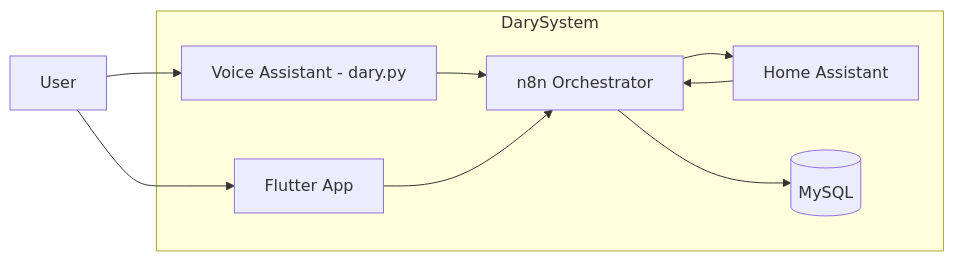
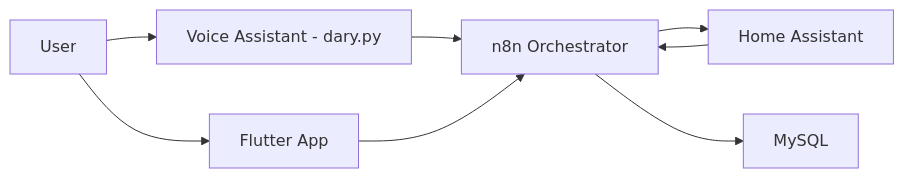
One commit to aalsayed70/home-voice-assistant changed the first of 2 diagrams in README.md. Above: the diagram before and after it, drawn with Mermaid. The commit also changed other lines of this file, not shown here.

Commit message:
docs: remove subgraph to drop grey background; fix containers diagram syntax

````diff
--- a/README.md
+++ b/README.md
@@ -68,19 +68,17 @@
 ```mermaid
 flowchart LR
   user[User]
-  subgraph DarySystem
-    va[Voice Assistant - dary.py]
-    app[Flutter App]
-    n8n[n8n Orchestrator]
-    ha[Home Assistant]
-    db[(MySQL)]
-  end
+  va[Voice Assistant - dary.py]
+  app[Flutter App]
+  n8n[n8n Orchestrator]
+  ha[Home Assistant]
+  db[MySQL]
 
   user --> va
   user --> app
   va --> n8n
   app --> n8n
   n8n --> ha
   n8n --> db
   ha --> n8n
 ```
````
